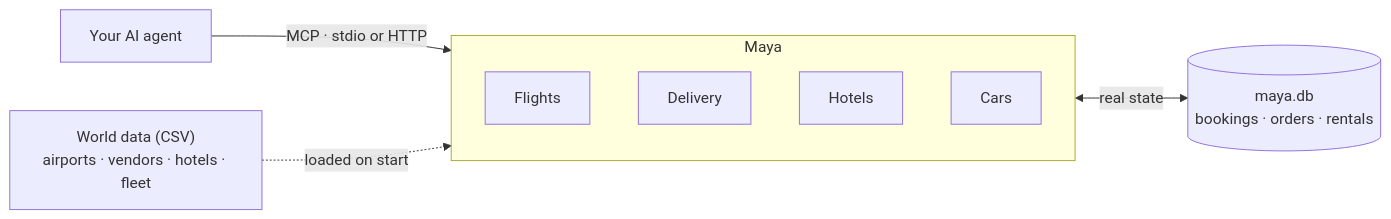
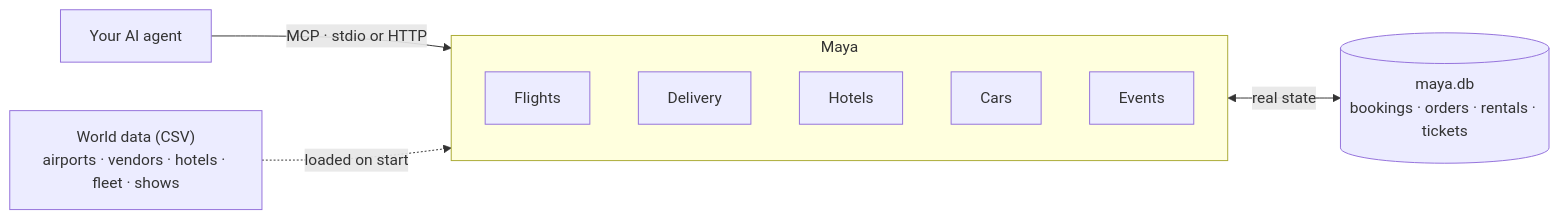
The diagram in README.md (shvinn/maya), drawn with Mermaid before and after one commit. The commit also changed other lines of this file and 17 other files, not shown here.

First line of the commit message:
Add the events domain: shows, films and workshops in Aira (#8)

````diff
--- a/README.md
+++ b/README.md
@@ -37,14 +40,15 @@
 ```mermaid
 flowchart LR
     agent["Your AI agent"] -->|"MCP · stdio or HTTP"| maya
 
     subgraph maya["Maya"]
         flights["Flights"]
         delivery["Delivery"]
         hotels["Hotels"]
         cars["Cars"]
+        events["Events"]
     end
 
-    csv["World data (CSV)<br/>airports · vendors · hotels · fleet"] -.->|"loaded on start"| maya
-    maya <-->|"real state"| db[("maya.db<br/>bookings · orders · rentals")]
+    csv["World data (CSV)<br/>airports · vendors · hotels · fleet · shows"] -.->|"loaded on start"| maya
+    maya <-->|"real state"| db[("maya.db<br/>bookings · orders · rentals · tickets")]
 ```
````
